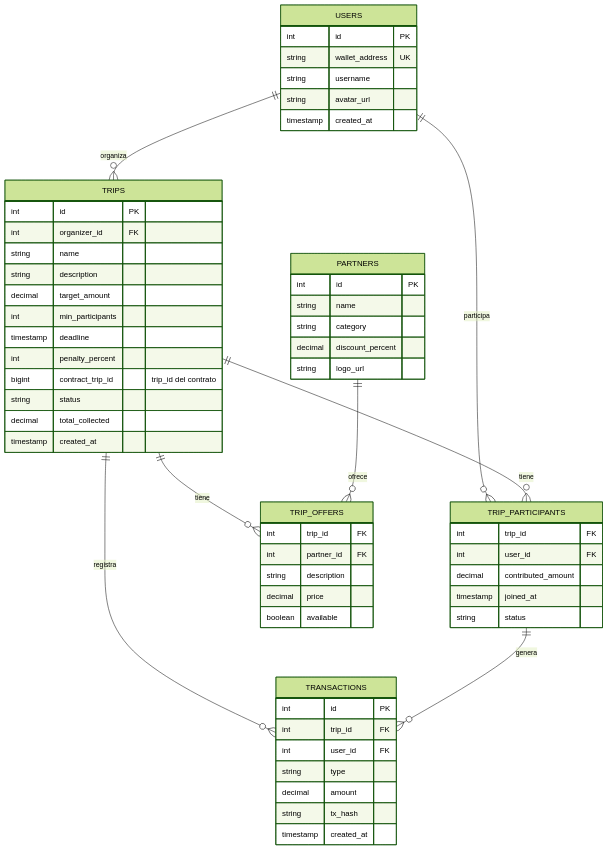
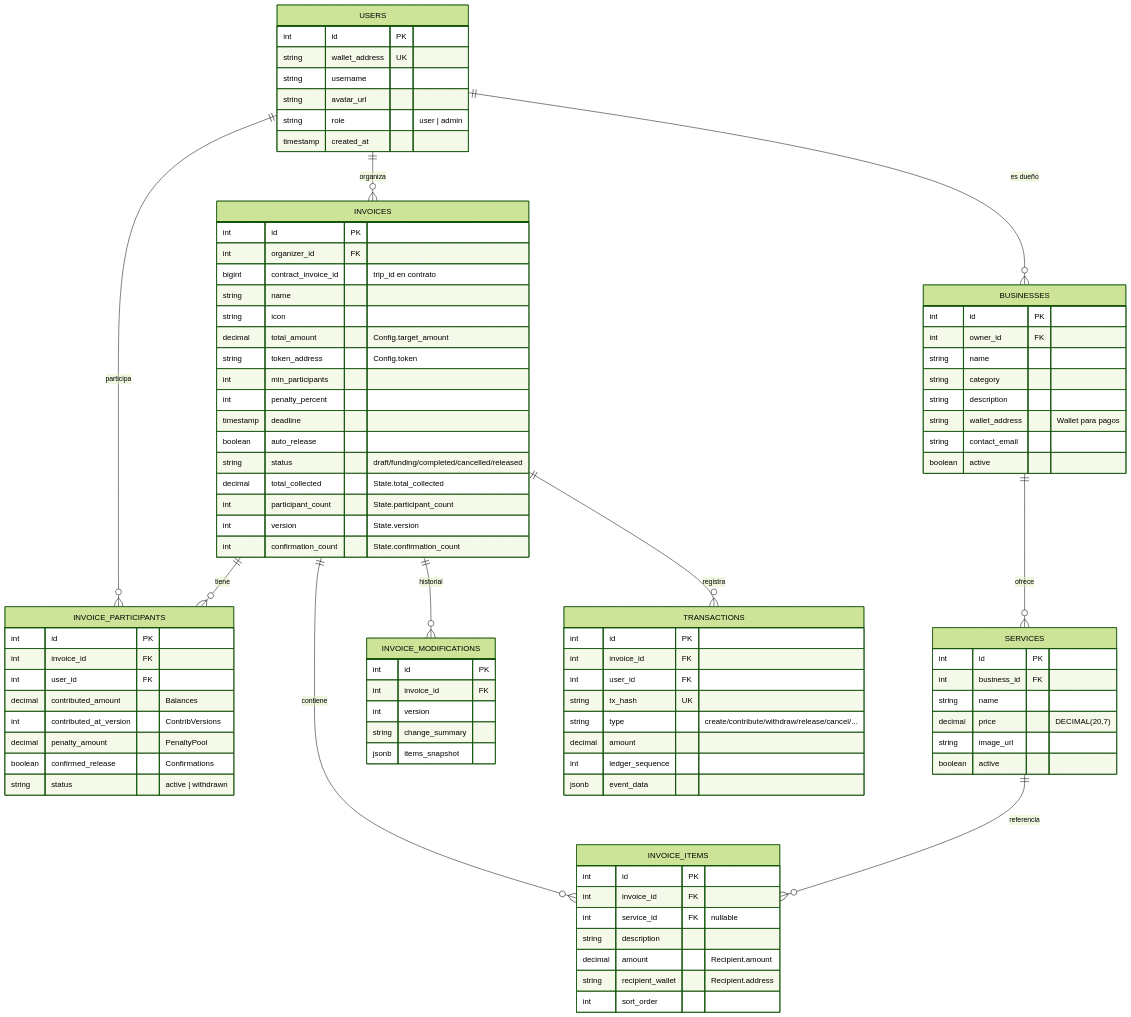
Before and after one commit to CoKeFish/Impacta-Bootcamp: diagram 11 of 12 in ARCHITECTURE.md, drawn with Mermaid (forest theme). The commit also changed other lines of this file and 4 other files, not shown here.

````diff
--- a/ARCHITECTURE.md
+++ b/ARCHITECTURE.md
@@ -340,67 +479,100 @@
 ```mermaid
 erDiagram
-    USERS ||--o{ TRIPS: organiza
-    USERS ||--o{ TRIP_PARTICIPANTS: participa
-    TRIPS ||--o{ TRIP_PARTICIPANTS: tiene
-    TRIPS ||--o{ TRIP_OFFERS: tiene
-    TRIPS ||--o{ TRANSACTIONS: registra
-    PARTNERS ||--o{ TRIP_OFFERS: ofrece
-    TRIP_PARTICIPANTS ||--o{ TRANSACTIONS: genera
+    USERS ||--o{ BUSINESSES: "es dueño"
+    USERS ||--o{ INVOICES: "organiza"
+    USERS ||--o{ INVOICE_PARTICIPANTS: "participa"
+    BUSINESSES ||--o{ SERVICES: "ofrece"
+    INVOICES ||--o{ INVOICE_ITEMS: "contiene"
+    INVOICES ||--o{ INVOICE_PARTICIPANTS: "tiene"
+    INVOICES ||--o{ INVOICE_MODIFICATIONS: "historial"
+    INVOICES ||--o{ TRANSACTIONS: "registra"
+    SERVICES ||--o{ INVOICE_ITEMS: "referencia"
 
     USERS {
         int id PK
         string wallet_address UK
         string username
         string avatar_url
+        string role "user | admin"
         timestamp created_at
     }
 
-    TRIPS {
+    BUSINESSES {
+        int id PK
+        int owner_id FK
+        string name
+        string category
+        string description
+        string wallet_address "Wallet para pagos"
+        string contact_email
+        boolean active
+    }
+
+    SERVICES {
+        int id PK
+        int business_id FK
+        string name
+        decimal price "DECIMAL(20,7)"
+        string image_url
+        boolean active
+    }
+
+    INVOICES {
         int id PK
         int organizer_id FK
+        bigint contract_invoice_id "trip_id en contrato"
         string name
-        string description
-        decimal target_amount
+        string icon
+        decimal total_amount "Config.target_amount"
+        string token_address "Config.token"
         int min_participants
+        int penalty_percent
         timestamp deadline
-        int penalty_percent
-        bigint contract_trip_id "trip_id del contrato"
-        string status
-        decimal total_collected
-        timestamp created_at
+        boolean auto_release
+        string status "draft/funding/completed/cancelled/released"
+        decimal total_collected "State.total_collected"
+        int participant_count "State.participant_count"
+        int version "State.version"
+        int confirmation_count "State.confirmation_count"
     }
 
-    TRIP_PARTICIPANTS {
-        int trip_id FK
+    INVOICE_ITEMS {
+        int id PK
+        int invoice_id FK
+        int service_id FK "nullable"
+        string description
+        decimal amount "Recipient.amount"
+        string recipient_wallet "Recipient.address"
+        int sort_order
+    }
+
+    INVOICE_PARTICIPANTS {
+        int id PK
+        int invoice_id FK
         int user_id FK
-        decimal contributed_amount
-        timestamp joined_at
-        string status
+        decimal contributed_amount "Balances"
+        int contributed_at_version "ContribVersions"
+        decimal penalty_amount "PenaltyPool"
+        boolean confirmed_release "Confirmations"
+        string status "active | withdrawn"
+    }
+
+    INVOICE_MODIFICATIONS {
+        int id PK
+        int invoice_id FK
+        int version
+        string change_summary
+        jsonb items_snapshot
     }
 
     TRANSACTIONS {
         int id PK
-        int trip_id FK
+        int invoice_id FK
         int user_id FK
-        string type
+        string tx_hash UK
+        string type "create/contribute/withdraw/release/cancel/..."
         decimal amount
-        string tx_hash
-        timestamp created_at
-    }
-
-    PARTNERS {
-        int id PK
-        string name
-        string category
-        decimal discount_percent
-        string logo_url
-    }
-
-    TRIP_OFFERS {
-        int trip_id FK
-        int partner_id FK
-        string description
-        decimal price
-        boolean available
+        int ledger_sequence
+        jsonb event_data
     }
 ```
````
